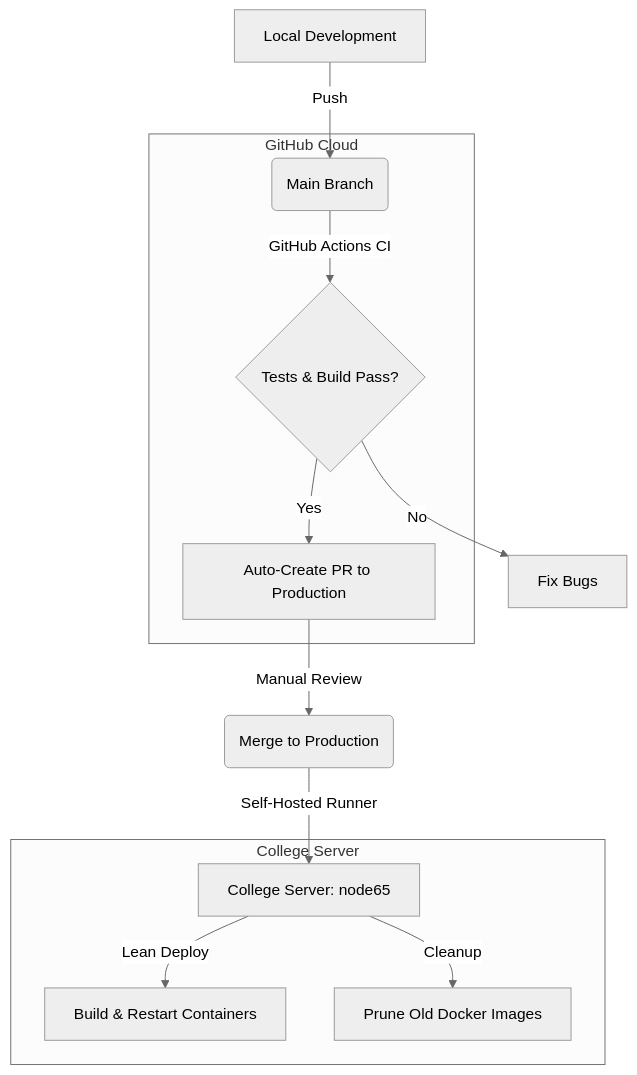
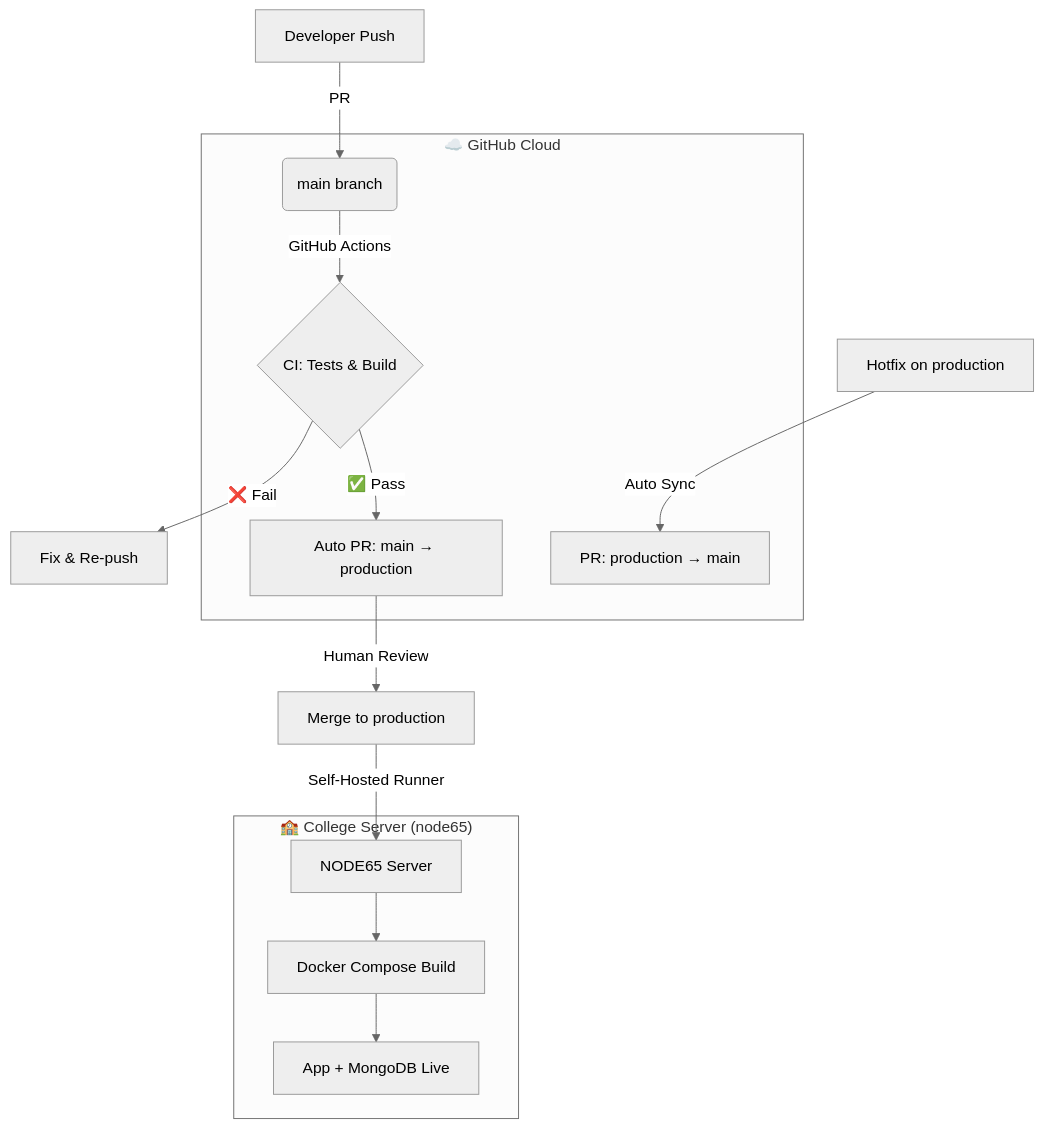
The diagram in README.md (ShimiManashirov/MarketWatchWeb), drawn with Mermaid (neutral theme) before and after one commit. The commit also changed other lines of this file and 2 other files, not shown here.

````diff
--- a/README.md
+++ b/README.md
@@ -220,23 +153,26 @@
 ```mermaid
 graph TD
-    A[Local Development] -->|Push| B(Main Branch)
-    B -->|GitHub Actions CI| C{Tests & Build Pass?}
-    C -->|Yes| D[Auto-Create PR to Production]
-    C -->|No| E[Fix Bugs]
-    D -->|Manual Review| F(Merge to Production)
-    F -->|Self-Hosted Runner| G[College Server: node65]
-    G -->|Lean Deploy| H[Build & Restart Containers]
-    G -->|Cleanup| I[Prune Old Docker Images]
+    A[Developer Push] -->|PR| B(main branch)
+    B -->|GitHub Actions| C{CI: Tests & Build}
+    C -->|✅ Pass| D[Auto PR: main → production]
+    C -->|❌ Fail| E[Fix & Re-push]
+    D -->|Human Review| F[Merge to production]
+    F -->|Self-Hosted Runner| G[NODE65 Server]
+    G --> H[Docker Compose Build]
+    H --> I[App + MongoDB Live]
     
-    subgraph GitHub Cloud
+    J[Hotfix on production] -->|Auto Sync| K[PR: production → main]
+    
+    subgraph "☁️ GitHub Cloud"
     B
     C
     D
+    K
     end
     
-    subgraph College Server
+    subgraph "🏫 College Server (node65)"
     G
     H
     I
     end
 ```
````
